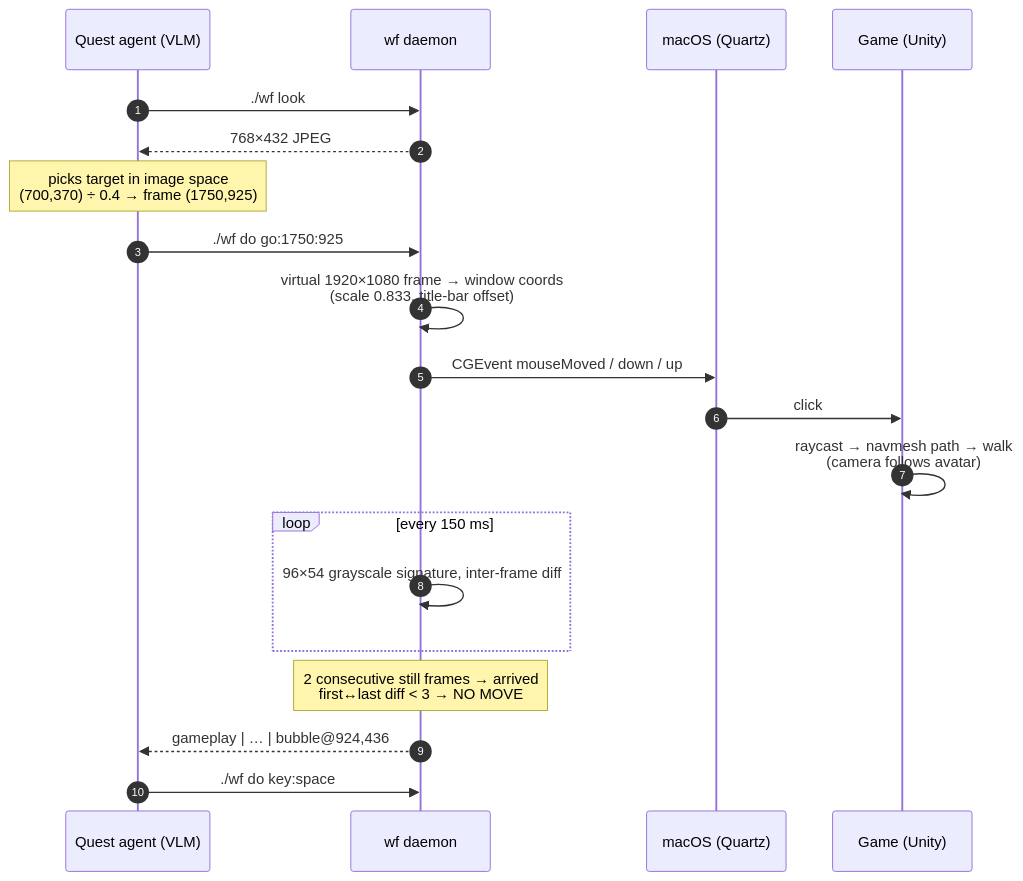
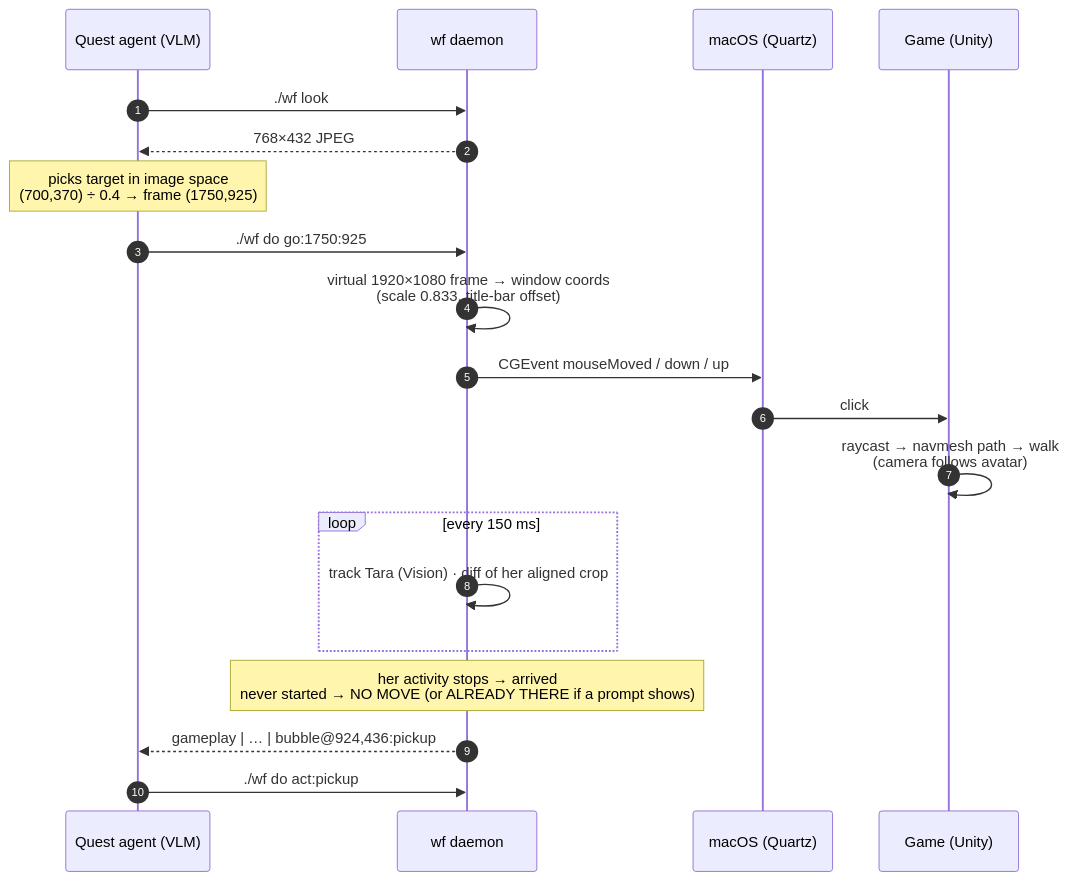
Before and after one commit to sergiimo/llm-game-agent: the third of 7 diagrams in README.md, drawn with Mermaid. The commit also changed other lines of this file and 68 other files, not shown here.

First line of the commit message:
Tara tracker, bubble recognition, self-labelling, actions DB, run logs, mouse-only

````diff
--- a/README.md
+++ b/README.md
@@ -130,22 +133,22 @@
 ```mermaid
 sequenceDiagram
     autonumber
     participant Q as Quest agent (VLM)
     participant W as wf daemon
     participant OS as macOS (Quartz)
     participant G as Game (Unity)
     Q->>W: ./wf look
     W-->>Q: 768×432 JPEG
     Note over Q: picks target in image space<br/>(700,370) ÷ 0.4 → frame (1750,925)
     Q->>W: ./wf do go:1750:925
     W->>W: virtual 1920×1080 frame → window coords<br/>(scale 0.833, title-bar offset)
     W->>OS: CGEvent mouseMoved / down / up
     OS->>G: click
     G->>G: raycast → navmesh path → walk<br/>(camera follows avatar)
     loop every 150 ms
-        W->>W: 96×54 grayscale signature, inter-frame diff
+        W->>W: track Tara (Vision) · diff of her aligned crop
     end
-    Note over W: 2 consecutive still frames → arrived<br/>first↔last diff < 3 → NO MOVE
-    W-->>Q: gameplay | … | bubble@924,436
-    Q->>W: ./wf do key:space
+    Note over W: her activity stops → arrived<br/>never started → NO MOVE (or ALREADY THERE if a prompt shows)
+    W-->>Q: gameplay | … | bubble@924,436:pickup
+    Q->>W: ./wf do act:pickup
 ```
````
